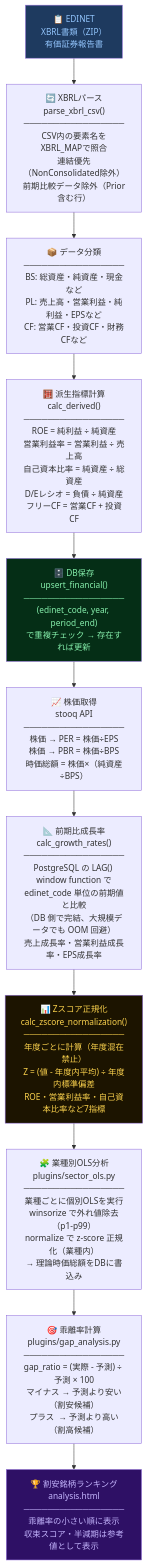
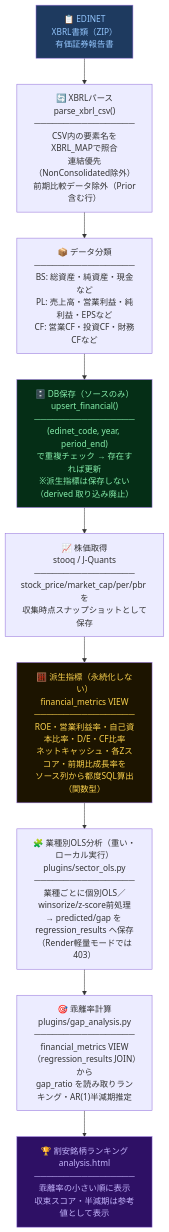
Before and after one commit to kome-kome/financial_app: the ninth of 12 diagrams in docs/ARCHITECTURE.md, drawn with Mermaid. The commit also changed other lines of this file and 16 other files, not shown here.

First line of the commit message:
refactor(db): 計算結果と生データをDB分離（financial_metrics VIEW）＋ローカル/Render実行最適化

````diff
--- a/docs/ARCHITECTURE.md
+++ b/docs/ARCHITECTURE.md
@@ -618,31 +639,27 @@
 ```mermaid
 flowchart TD
     A["📋 EDINET\nXBRL書類（ZIP）\n有価証券報告書"]
 
     B["🔄 XBRLパース\nparse_xbrl_csv()\n─────────────────\nCSV内の要素名をXBRL_MAPで照合\n連結優先（NonConsolidated除外）\n前期比較データ除外（Prior含む行）"]
 
     C["📦 データ分類\n─────────────────\nBS: 総資産・純資産・現金など\nPL: 売上高・営業利益・純利益・EPSなど\nCF: 営業CF・投資CF・財務CFなど"]
 
-    D["🧮 派生指標計算\ncalc_derived()\n─────────────────\nROE = 純利益 ÷ 純資産\n営業利益率 = 営業利益 ÷ 売上高\n自己資本比率 = 純資産 ÷ 総資産\nD/Eレシオ = 負債 ÷ 純資産\nフリーCF = 営業CF + 投資CF"]
+    E["🗄️ DB保存（ソースのみ）\nupsert_financial()\n─────────────────\n(edinet_code, year, period_end)\nで重複チェック → 存在すれば更新\n※派生指標は保存しない（derived 取り込み廃止）"]
 
-    E["🗄️ DB保存\nupsert_financial()\n─────────────────\n(edinet_code, year, period_end)\nで重複チェック → 存在すれば更新"]
+    F["📈 株価取得\nstooq / J-Quants\n─────────────────\nstock_price/market_cap/per/pbr を\n収集時点スナップショットとして保存"]
 
-    F["📈 株価取得\nstooq API\n─────────────────\n株価 → PER = 株価÷EPS\n株価 → PBR = 株価÷BPS\n時価総額 = 株価×（純資産÷BPS）"]
+    D["🧮 派生指標（永続化しない）\nfinancial_metrics VIEW\n─────────────────\nROE・営業利益率・自己資本比率・D/E・CF比率\nネットキャッシュ・各Zスコア・前期比成長率を\nソース列から都度SQL算出（関数型）"]
 
-    G["📐 前期比成長率\ncalc_growth_rates()\n─────────────────\nPostgreSQL の LAG() window function で\nedinet_code 単位の前期値と比較\n（DB 側で完結、大規模データでも OOM 回避）\n売上成長率・営業利益成長率・EPS成長率"]
+    I["🧩 業種別OLS分析（重い・ローカル実行）\nplugins/sector_ols.py\n─────────────────\n業種ごとに個別OLS／winsorize/z-score前処理\n→ predicted/gap を regression_results へ保存\n（Render軽量モードでは403）"]
 
-    H["📊 Zスコア正規化\ncalc_zscore_normalization()\n─────────────────\n年度ごとに計算（年度混在禁止）\nZ = (値 - 年度内平均) ÷ 年度内標準偏差\nROE・営業利益率・自己資本比率など7指標"]
-
-    I["🧩 業種別OLS分析\nplugins/sector_ols.py\n─────────────────\n業種ごとに個別OLSを実行\nwinsorize で外れ値除去（p1-p99）\nnormalize で z-score 正規化（業種内）\n→ 理論時価総額をDBに書込み"]
-
-    J["🎯 乖離率計算\nplugins/gap_analysis.py\n─────────────────\ngap_ratio = (実際 - 予測) ÷ 予測 × 100\nマイナス → 予測より安い（割安候補）\nプラス  → 予測より高い（割高候補）"]
+    J["🎯 乖離率計算\nplugins/gap_analysis.py\n─────────────────\nfinancial_metrics VIEW（regression_results JOIN）から\ngap_ratio を読み取りランキング・AR(1)半減期推定"]
 
     K["🏆 割安銘柄ランキング\nanalysis.html\n─────────────────\n乖離率の小さい順に表示\n収束スコア・半減期は参考値として表示"]
 
-    A --> B --> C --> D --> E --> F --> G --> H --> I --> J --> K
+    A --> B --> C --> E --> F --> D --> I --> J --> K
 
     style A  fill:#1e3a5f,color:#93c5fd
     style E  fill:#052e16,color:#86efac
-    style H  fill:#1c1400,color:#fcd34d
+    style D  fill:#1c1400,color:#fcd34d
     style K  fill:#2e1065,color:#c4b5fd
 ```
````
